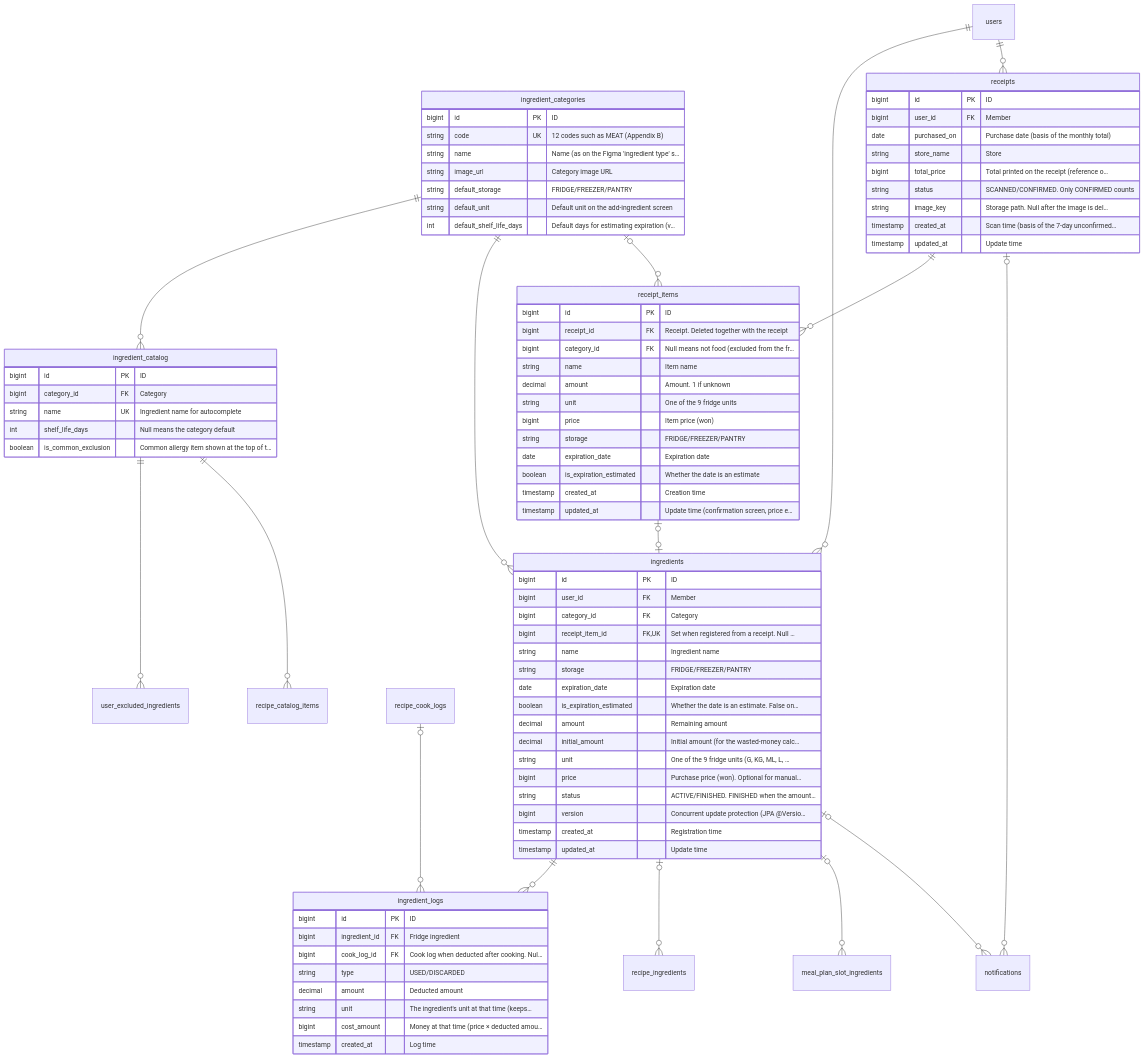
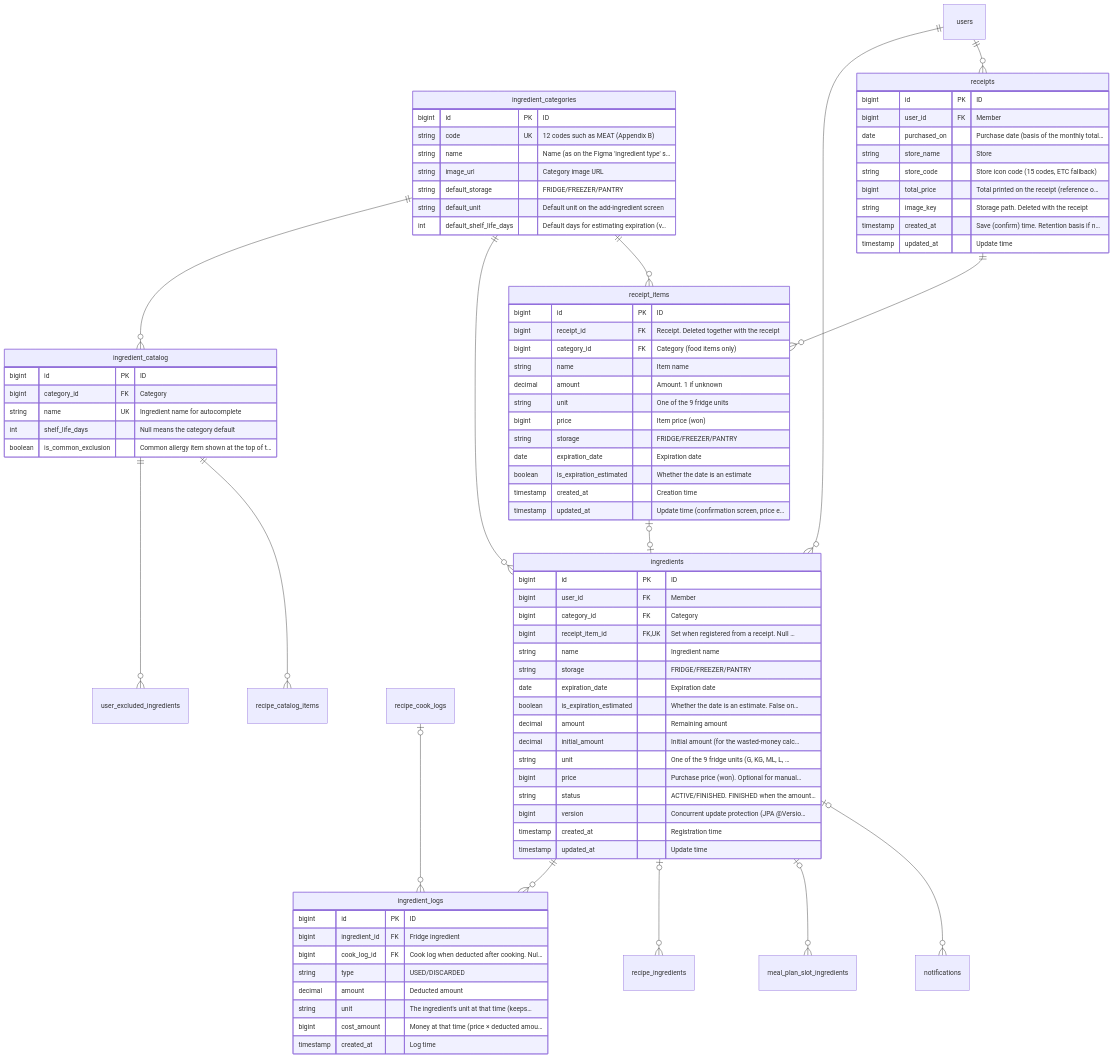
The third of 6 diagrams in docs/agent/erd.md (likelion-backendschool-9th/REMAKE), drawn with Mermaid before and after one commit. The commit also changed other lines of this file and 4 other files, not shown here.

```diff
--- a/docs/agent/erd.md
+++ b/docs/agent/erd.md
@@ -172,12 +183,11 @@
   recipe_cook_logs |o--o{ ingredient_logs : ""
   users ||--o{ receipts : ""
   receipts ||--o{ receipt_items : ""
-  ingredient_categories |o--o{ receipt_items : ""
+  ingredient_categories ||--o{ receipt_items : ""
   ingredients |o--o{ recipe_ingredients : ""
   ingredient_catalog ||--o{ recipe_catalog_items : ""
   ingredients |o--o{ meal_plan_slot_ingredients : ""
   ingredients |o--o{ notifications : ""
-  receipts |o--o{ notifications : ""
   ingredient_categories {
     bigint id PK "ID"
     string code UK "12 codes such as MEAT (Appendix B)"
@@ -225,18 +235,18 @@
   receipts {
     bigint id PK "ID"
     bigint user_id FK "Member"
-    date purchased_on "Purchase date (basis of the monthly total)"
+    date purchased_on "Purchase date (basis of the monthly total…"
     string store_name "Store"
+    string store_code "Store icon code (15 codes, ETC fallback)"
     bigint total_price "Total printed on the receipt (reference o…"
-    string status "SCANNED/CONFIRMED. Only CONFIRMED counts"
-    string image_key "Storage path. Null after the image is del…"
-    timestamp created_at "Scan time (basis of the 7-day unconfirmed…"
+    string image_key "Storage path. Deleted with the receipt"
+    timestamp created_at "Save (confirm) time. Retention basis if n…"
     timestamp updated_at "Update time"
   }
   receipt_items {
     bigint id PK "ID"
     bigint receipt_id FK "Receipt. Deleted together with the receipt"
-    bigint category_id FK "Null means not food (excluded from the fr…"
+    bigint category_id FK "Category (food items only)"
     string name "Item name"
     decimal amount "Amount. 1 if unknown"
     string unit "One of the 9 fridge units"
```
